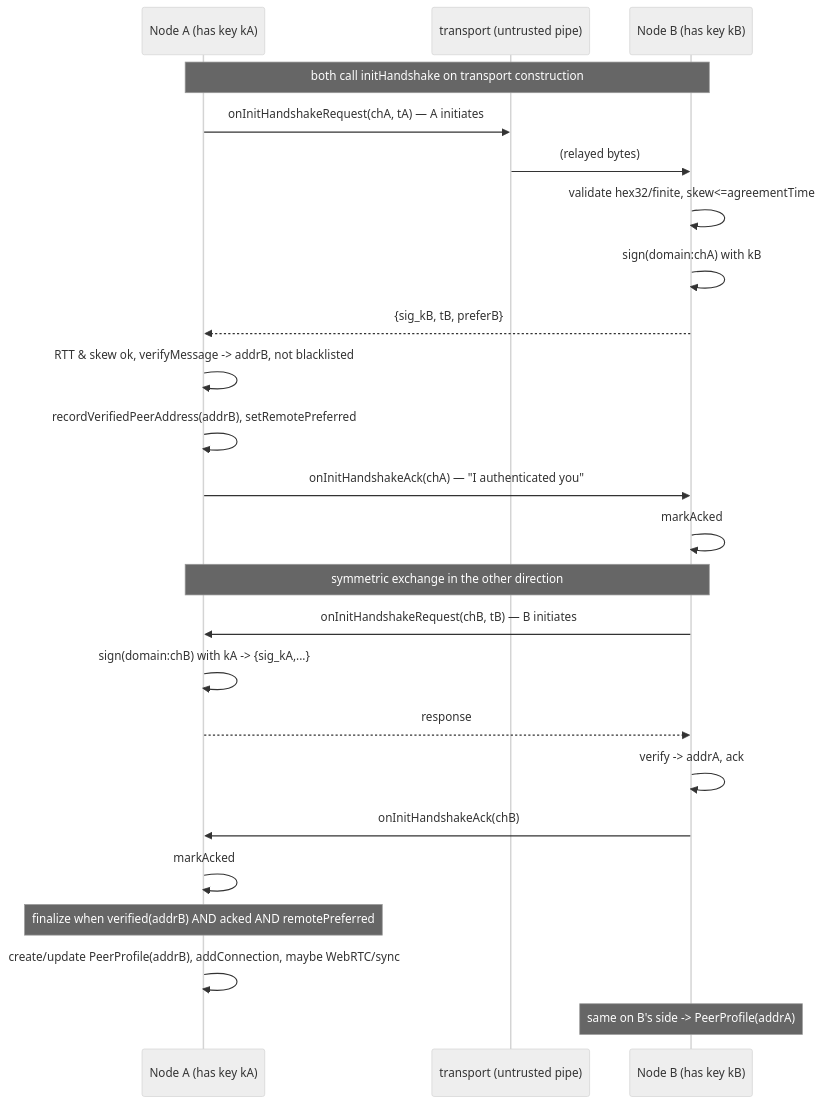
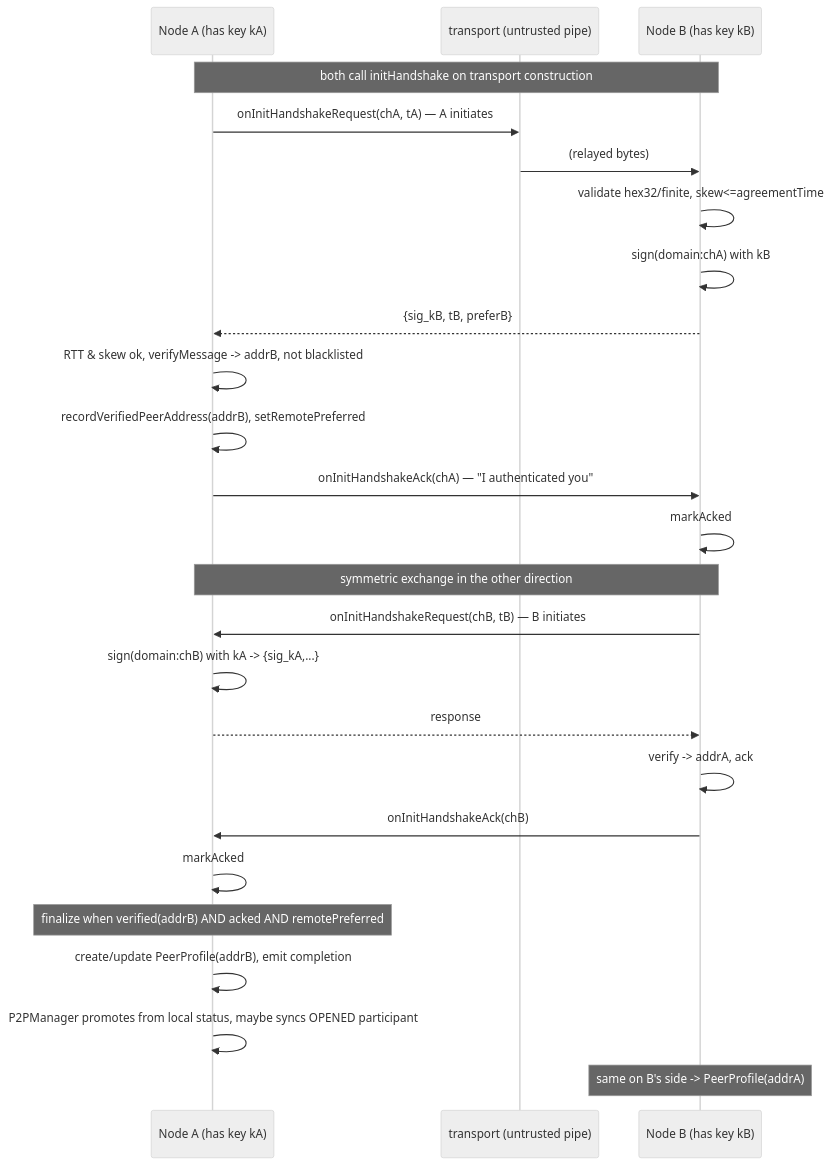
One commit to peer3to/state-channels-plus changed the diagram in docs/spec/implementation/views/architecture/sdk/rpc/handshake.md. Above: the diagram before and after it, drawn with Mermaid (neutral theme). The commit also changed other lines of this file and 82 other files, not shown here.

First line of the commit message:
refactor(transport): route handshakes by local status

````diff
--- a/docs/spec/implementation/views/architecture/sdk/rpc/handshake.md
+++ b/docs/spec/implementation/views/architecture/sdk/rpc/handshake.md
@@ -214,30 +216,31 @@
 ```mermaid
 sequenceDiagram
     participant A as Node A (has key kA)
     participant T as transport (untrusted pipe)
     participant B as Node B (has key kB)
 
     Note over A,B: both call initHandshake on transport construction
 
     A->>T: onInitHandshakeRequest(chA, tA) — A initiates
     T->>B: (relayed bytes)
     B->>B: validate hex32/finite, skew<=agreementTime
     B->>B: sign(domain:chA) with kB
     B-->>A: {sig_kB, tB, preferB}
     A->>A: RTT & skew ok, verifyMessage -> addrB, not blacklisted
     A->>A: recordVerifiedPeerAddress(addrB), setRemotePreferred
     A->>B: onInitHandshakeAck(chA) — "I authenticated you"
     B->>B: markAcked
 
     Note over A,B: symmetric exchange in the other direction
     B->>A: onInitHandshakeRequest(chB, tB) — B initiates
     A->>A: sign(domain:chB) with kA -> {sig_kA,...}
     A-->>B: response
     B->>B: verify -> addrA, ack
     B->>A: onInitHandshakeAck(chB)
     A->>A: markAcked
 
     Note over A: finalize when verified(addrB) AND acked AND remotePreferred
-    A->>A: create/update PeerProfile(addrB), addConnection, maybe WebRTC/sync
+    A->>A: create/update PeerProfile(addrB), emit completion
+    A->>A: P2PManager promotes from local status, maybe syncs OPENED participant
     Note over B: same on B's side -> PeerProfile(addrA)
 ```
````
